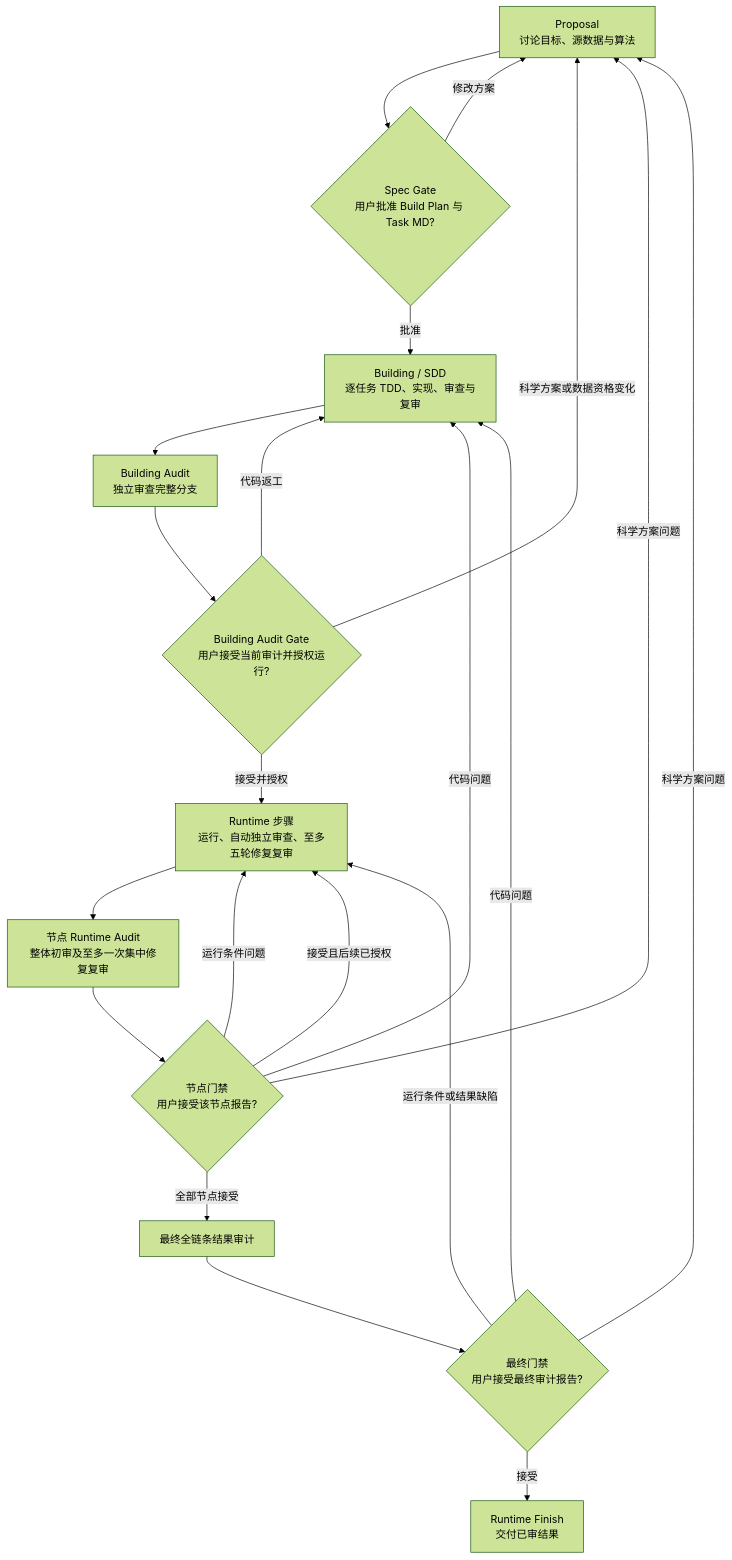
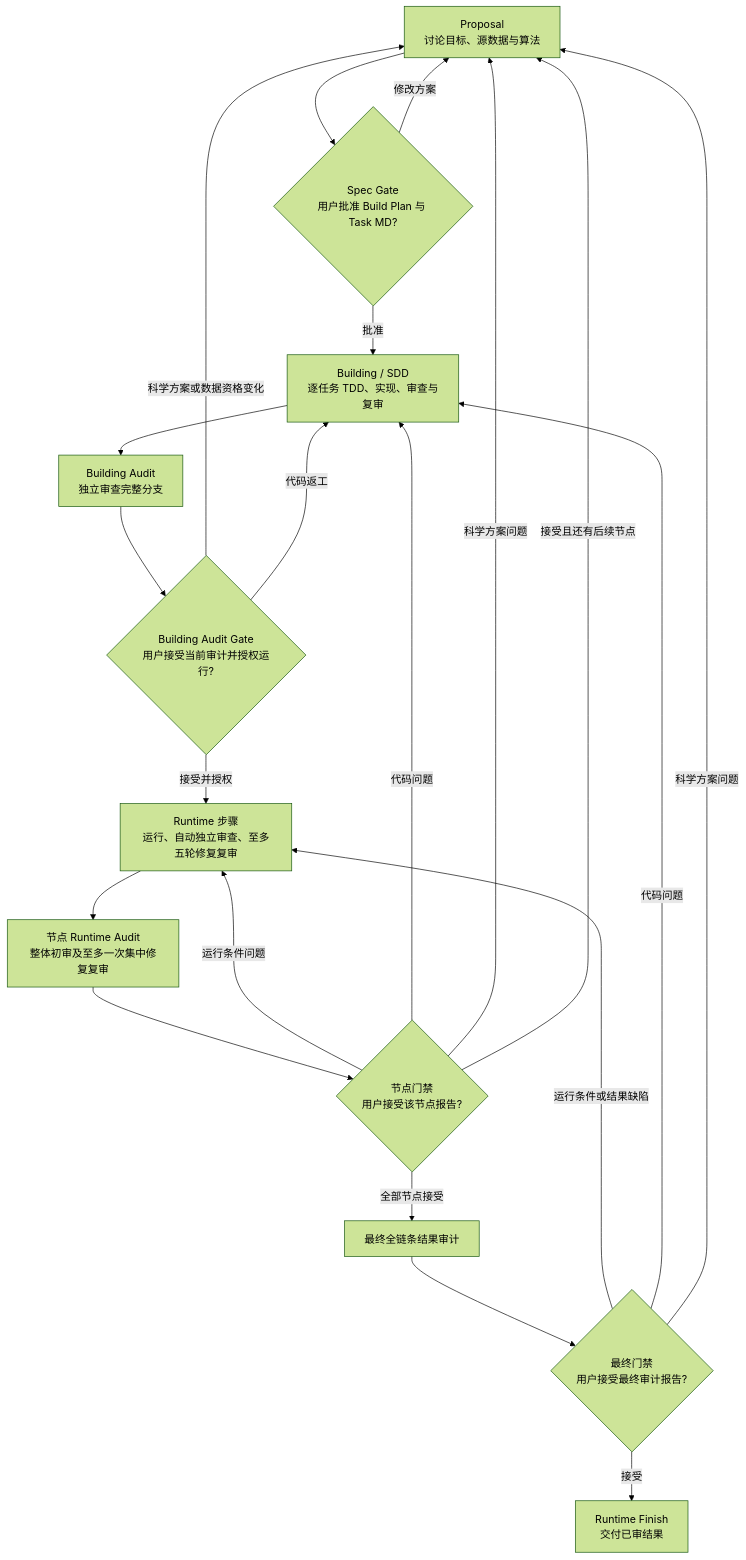
One commit to houhoudehenduohhh/scientific-analysis-superpower changed the diagram in README.md. Above: the diagram before and after it, drawn with Mermaid (forest theme). The commit also changed other lines of this file and 14 other files, not shown here.

````diff
--- a/README.md
+++ b/README.md
@@ -9,23 +9,23 @@
 ```mermaid
 flowchart TD
     P[Proposal<br/>讨论目标、源数据与算法] --> SG{Spec Gate<br/>用户批准 Build Plan 与 Task MD?}
     SG -- 修改方案 --> P
     SG -- 批准 --> B[Building / SDD<br/>逐任务 TDD、实现、审查与复审]
     B --> BA[Building Audit<br/>独立审查完整分支]
     BA --> BAG{Building Audit Gate<br/>用户接受当前审计并授权运行?}
     BAG -- 科学方案或数据资格变化 --> P
     BAG -- 代码返工 --> B
     BAG -- 接受并授权 --> R[Runtime 步骤<br/>运行、自动独立审查、至多五轮修复复审]
     R --> RA[节点 Runtime Audit<br/>整体初审及至多一次集中修复复审]
     RA --> RAG{节点门禁<br/>用户接受该节点报告?}
     RAG -- 运行条件问题 --> R
     RAG -- 代码问题 --> B
     RAG -- 科学方案问题 --> P
-    RAG -- 接受且后续已授权 --> R
+    RAG -- 接受且还有后续节点 --> P
     RAG -- 全部节点接受 --> FA[最终全链条结果审计]
     FA --> FAG{最终门禁<br/>用户接受最终审计报告?}
     FAG -- 运行条件或结果缺陷 --> R
     FAG -- 代码问题 --> B
     FAG -- 科学方案问题 --> P
     FAG -- 接受 --> F[Runtime Finish<br/>交付已审结果]
 ```
````
